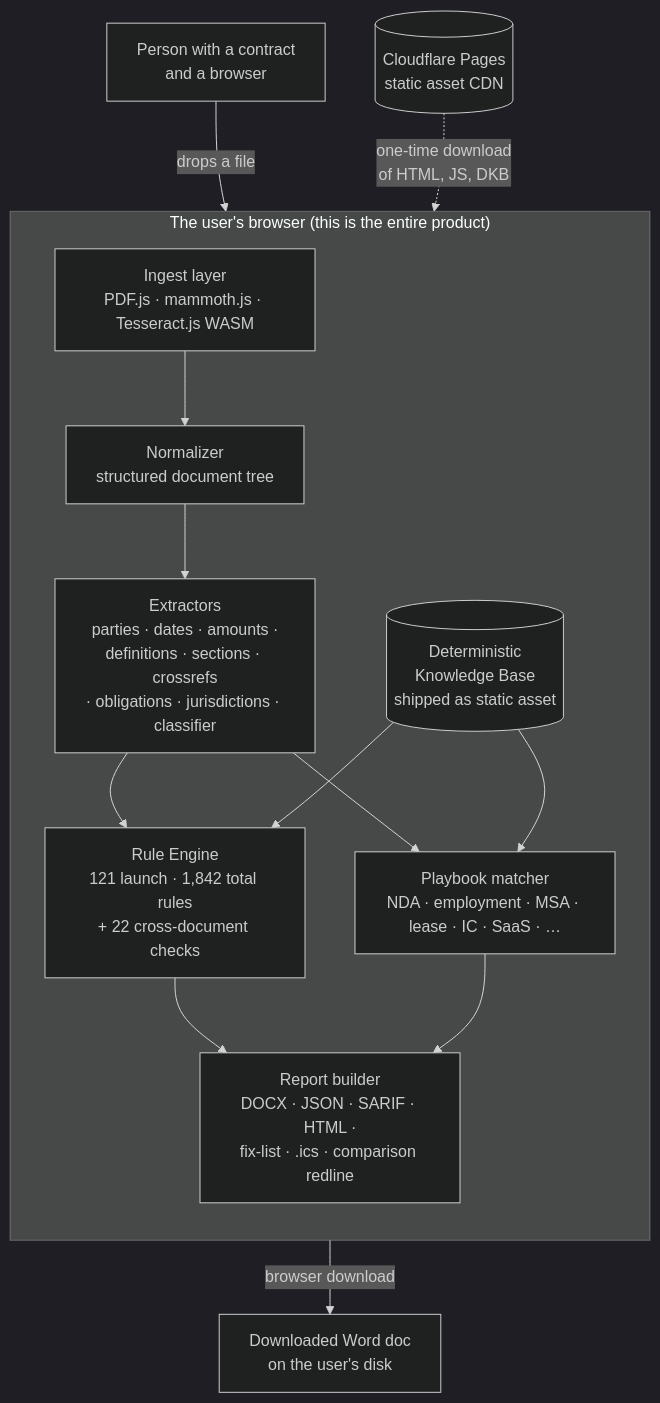
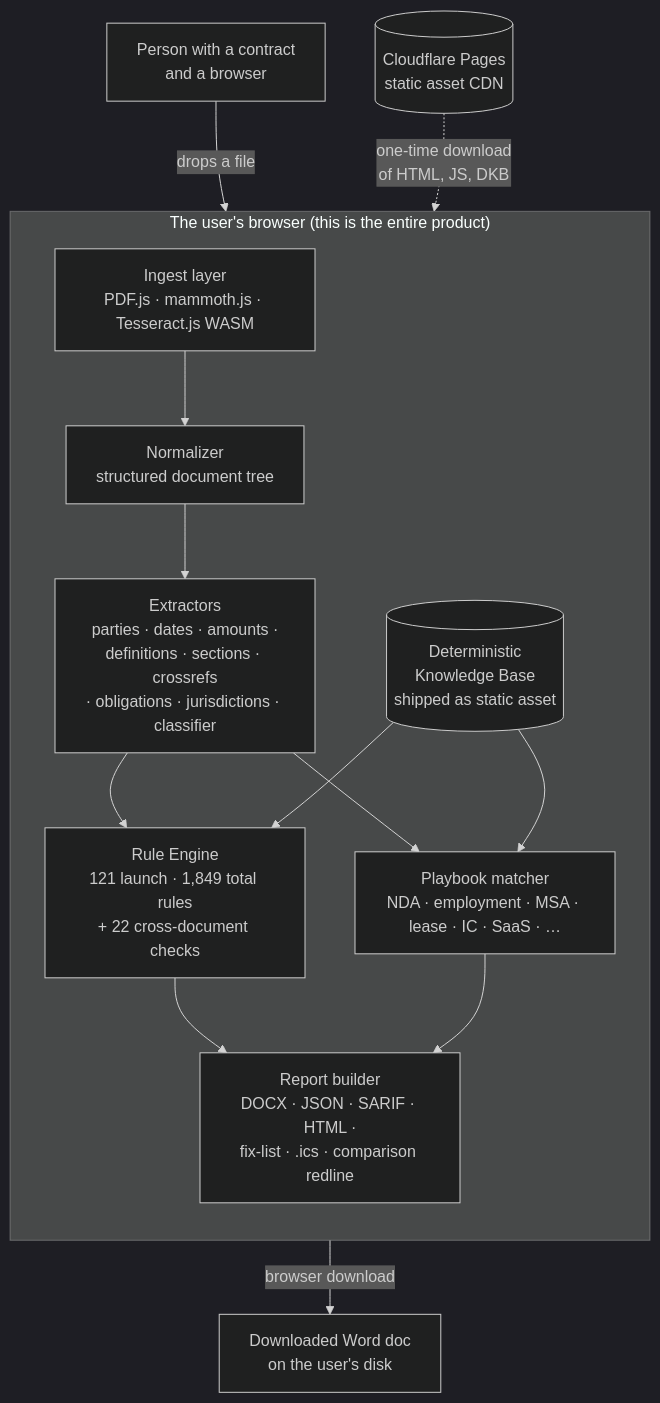
The diagram in docs/architecture.md (clay-good/vaulytica), drawn with Mermaid (dark theme) before and after one commit. The commit also changed other lines of this file and 397 other files, not shown here.

````diff
--- a/docs/architecture.md
+++ b/docs/architecture.md
@@ -5,28 +5,28 @@
 ```mermaid
 flowchart TB
     user[Person with a contract<br/>and a browser]
 
     subgraph browser["The user's browser (this is the entire product)"]
         direction TB
         ingest[Ingest layer<br/>PDF.js · mammoth.js · Tesseract.js WASM]
         normalize[Normalizer<br/>structured document tree]
         extract[Extractors<br/>parties · dates · amounts ·<br/>definitions · sections · crossrefs<br/>· obligations · jurisdictions · classifier]
-        engine[Rule Engine<br/>121 launch · 1,842 total rules<br/>+ 22 cross-document checks]
+        engine[Rule Engine<br/>121 launch · 1,849 total rules<br/>+ 22 cross-document checks]
         playbook[Playbook matcher<br/>NDA · employment · MSA · lease · IC · SaaS · …]
         dkb[(Deterministic<br/>Knowledge Base<br/>shipped as static asset)]
         report[Report builder<br/>DOCX · JSON · SARIF · HTML ·<br/>fix-list · .ics · comparison redline]
     end
 
     cdn[(Cloudflare Pages<br/>static asset CDN)]
     download[Downloaded Word doc<br/>on the user's disk]
 
     user -- "drops a file" --> ingest
     cdn -. "one-time download<br/>of HTML, JS, DKB" .-> browser
     ingest --> normalize --> extract --> engine
     extract --> playbook
     dkb --> engine
     dkb --> playbook
     engine --> report
     playbook --> report
     report -- "browser download" --> download
 ```
````
